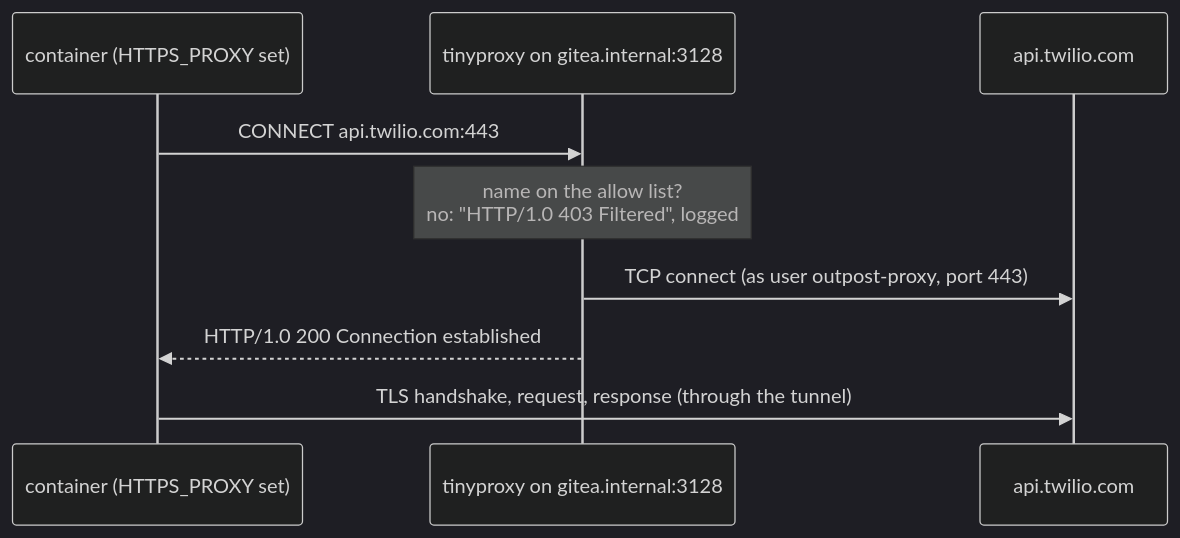
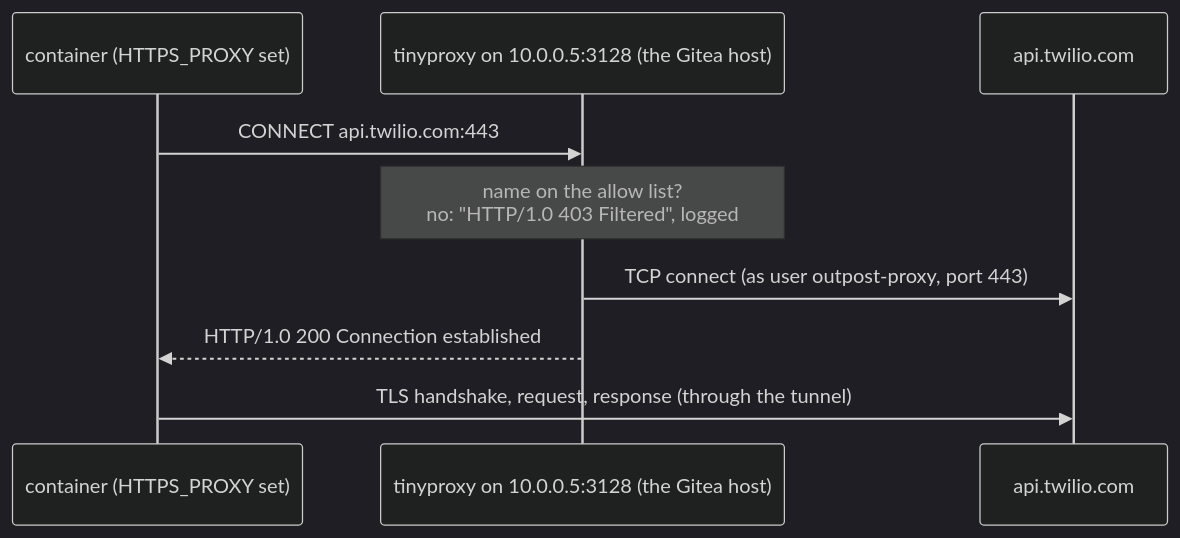
The diagram in docs/architecture/proxy.md (bshadmehr98/outpost), drawn with Mermaid (dark theme) before and after one commit. The commit also changed other lines of this file and 7 other files, not shown here.

First line of the commit message:
proxy: on the Gitea host, reach it by address, not by the Gitea name

````diff
--- a/docs/architecture/proxy.md
+++ b/docs/architecture/proxy.md
@@ -37,11 +37,11 @@
 ```mermaid
 sequenceDiagram
     participant C as container (HTTPS_PROXY set)
-    participant P as tinyproxy on gitea.internal:3128
+    participant P as tinyproxy on 10.0.0.5:3128 (the Gitea host)
     participant T as api.twilio.com
     C->>P: CONNECT api.twilio.com:443
     Note over P: name on the allow list?<br/>no: "HTTP/1.0 403 Filtered", logged
     P->>T: TCP connect (as user outpost-proxy, port 443)
     P-->>C: HTTP/1.0 200 Connection established
     C->>T: TLS handshake, request, response (through the tunnel)
 ```
````
